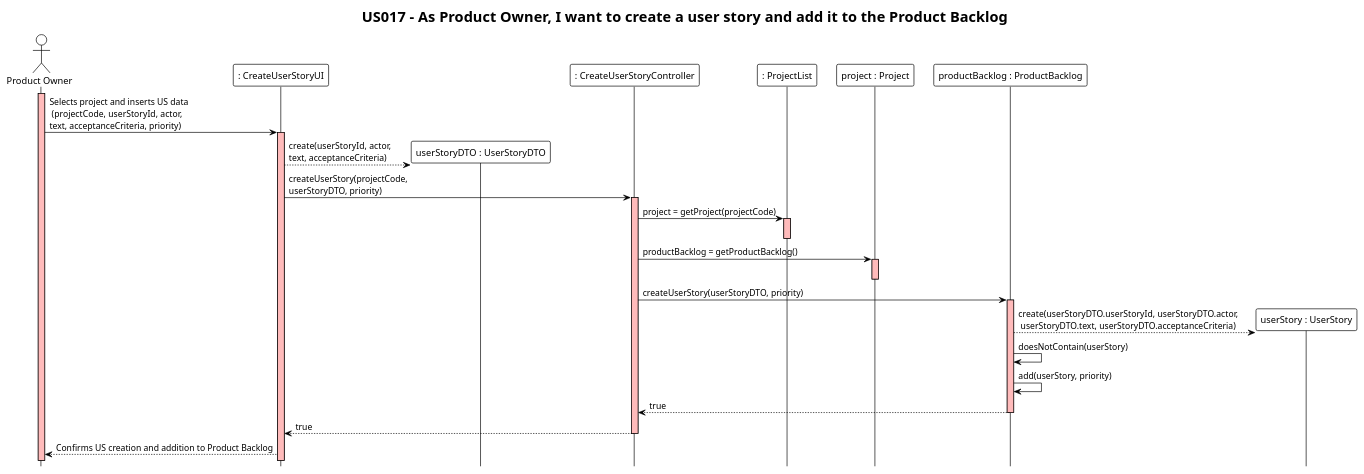
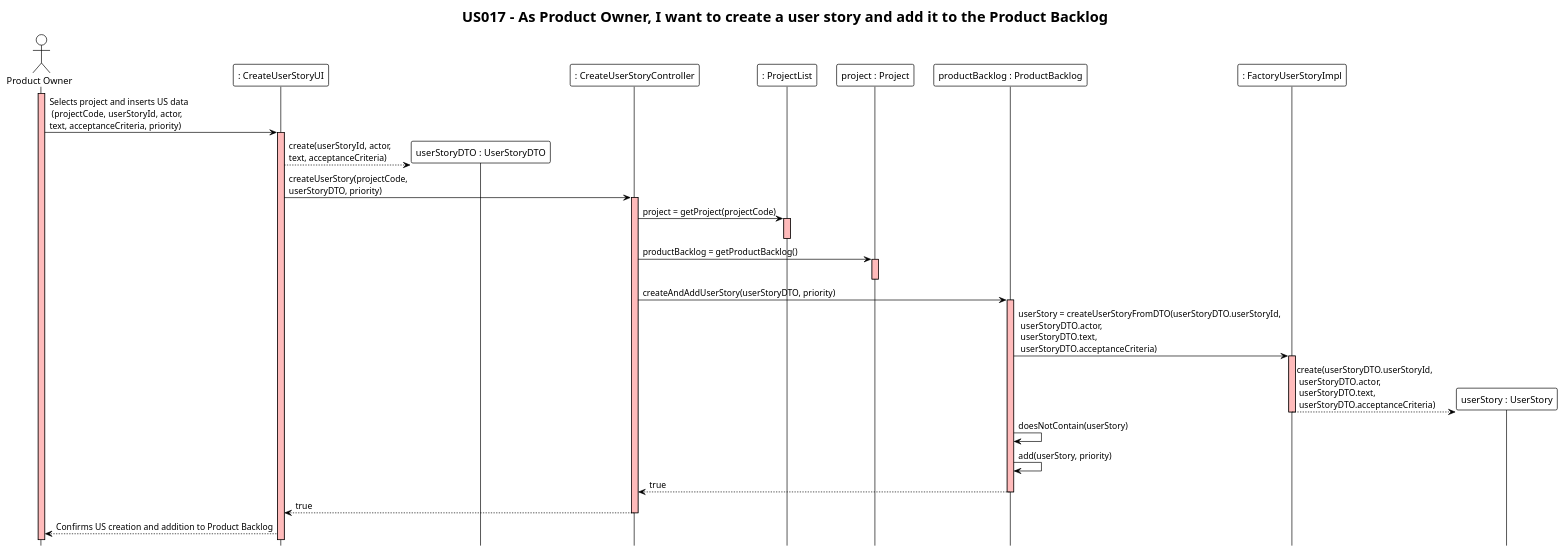
The diagram in docs/modelling_design/user_stories/us017/US017_CreateUserStorySD.puml (ivo-menezes/project_g3), drawn with PlantUML before and after one commit.

Commit message:
US017 : Design : SD (update)

```diff
--- a/docs/modelling_design/user_stories/us017/US017_CreateUserStorySD.puml
+++ b/docs/modelling_design/user_stories/us017/US017_CreateUserStorySD.puml
@@ -1,50 +1,56 @@
 @startuml
 !theme plain
 hide footbox
 title "US017 - As Product Owner, I want to create a user story and add it to the Product Backlog"
 
 actor "Product Owner" as user
 participant ": CreateUserStoryUI" as UI
 participant "userStoryDTO : UserStoryDTO" as dto
 participant ": CreateUserStoryController" as Controller
 participant ": ProjectList" as ProjectList
 participant "project : Project" as Project
 participant "productBacklog : ProductBacklog" as ProductBacklog
+participant ": FactoryUserStoryImpl" as Factory
 participant "userStory : UserStory" as UserStory
 
 
 activate user #FFBBBB
 user ->  UI: Selects project and inserts US data\n (projectCode, userStoryId, actor, \ntext, acceptanceCriteria, priority)
 
 activate UI #FFBBBB
 UI --> dto ** : create(userStoryId, actor, \ntext, acceptanceCriteria)
 UI -> Controller: createUserStory(projectCode, \nuserStoryDTO, priority)
 
 activate Controller #FFBBBB
 Controller -> ProjectList: project = getProject(projectCode)
 
 activate ProjectList #FFBBBB
 deactivate
 
 Controller -> Project : productBacklog = getProductBacklog()
 
 activate Project #FFBBBB
 deactivate
 
-Controller -> ProductBacklog : createUserStory(userStoryDTO, priority)
+Controller -> ProductBacklog : createAndAddUserStory(userStoryDTO, priority)
 
 activate ProductBacklog #FFBBBB
-ProductBacklog --> UserStory ** : create(userStoryDTO.userStoryId, userStoryDTO.actor,\n userStoryDTO.text, userStoryDTO.acceptanceCriteria)
+ProductBacklog -> Factory : userStory = createUserStoryFromDTO(userStoryDTO.userStoryId,\n userStoryDTO.actor,\n userStoryDTO.text,\n userStoryDTO.acceptanceCriteria)
+
+activate Factory #FFBBBB
+Factory --> UserStory ** : create(userStoryDTO.userStoryId,\n userStoryDTO.actor,\n userStoryDTO.text,\n userStoryDTO.acceptanceCriteria)
+deactivate Factory
+
 ProductBacklog -> ProductBacklog : doesNotContain(userStory)
 ProductBacklog -> ProductBacklog : add(userStory, priority)
 
 ProductBacklog --> Controller : true
 deactivate
 
 Controller --> UI : true
 deactivate
 
 UI --> user : Confirms US creation and addition to Product Backlog
 
 
 @enduml
```
